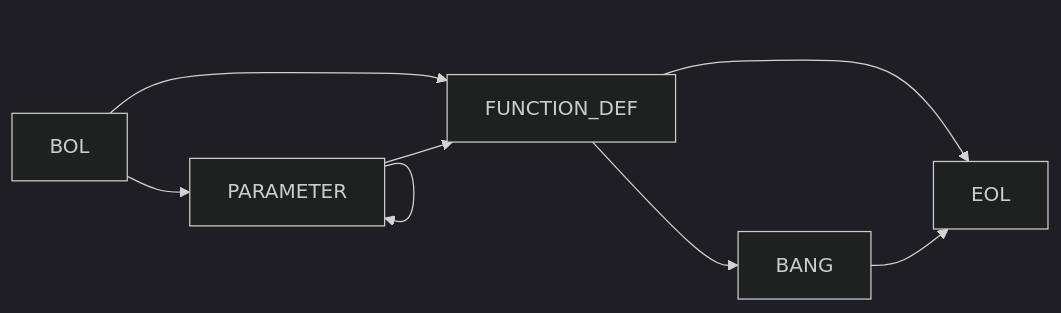
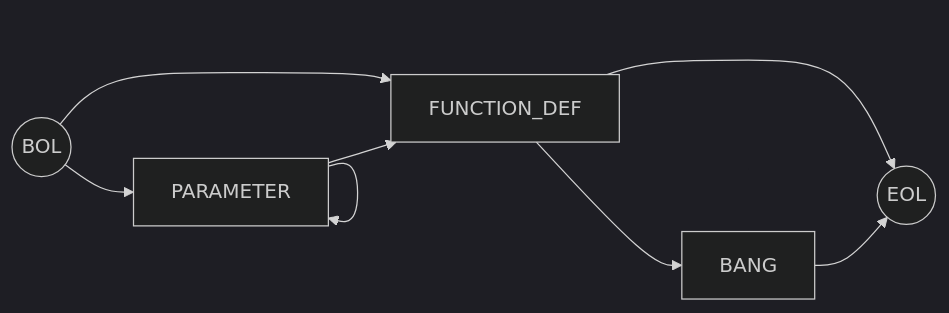
The second of 15 diagrams in documentation/nfsm.md (rewhowe/snapdragon), drawn with Mermaid (dark theme) before and after one commit. The commit also changed other lines of this file and 16 other files, not shown here.

````diff
--- a/documentation/nfsm.md
+++ b/documentation/nfsm.md
@@ -50,13 +54,13 @@
 ```mermaid
 graph LR
-  BOL --> PARAMETER
+  BOL((BOL)) --> PARAMETER
   BOL --> FUNCTION_DEF
 
   PARAMETER --> PARAMETER
   PARAMETER --> FUNCTION_DEF
 
-  FUNCTION_DEF --> EOL
+  FUNCTION_DEF --> EOL((EOL))
   FUNCTION_DEF --> BANG
 
   BANG --> EOL
 ```
````
